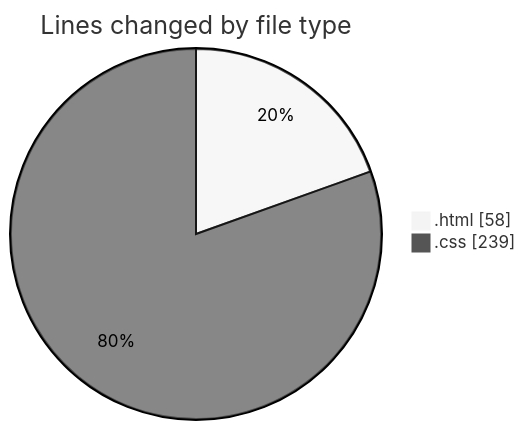
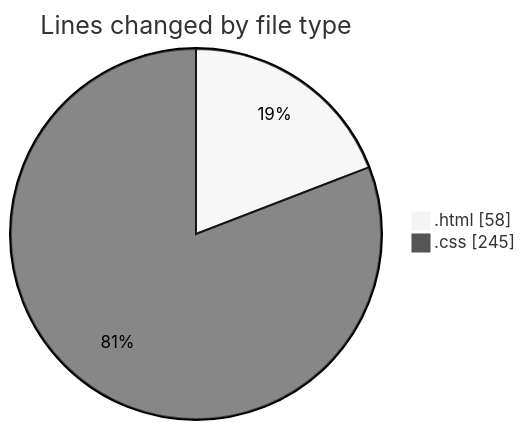
Before and after one commit to CELIANVF/code-tracking: the first of 2 diagrams in 2025-04-15/portfolio/README.md, drawn with Mermaid (neutral theme). The commit also changed other lines of this file and 1 other file, not shown here.

````diff
--- a/2025-04-15/portfolio/README.md
+++ b/2025-04-15/portfolio/README.md
@@ -21,6 +21,6 @@
 ```mermaid
 pie showData
 title Lines changed by file type
 ".html" : 58
-".css" : 239
+".css" : 245
 ```
````
